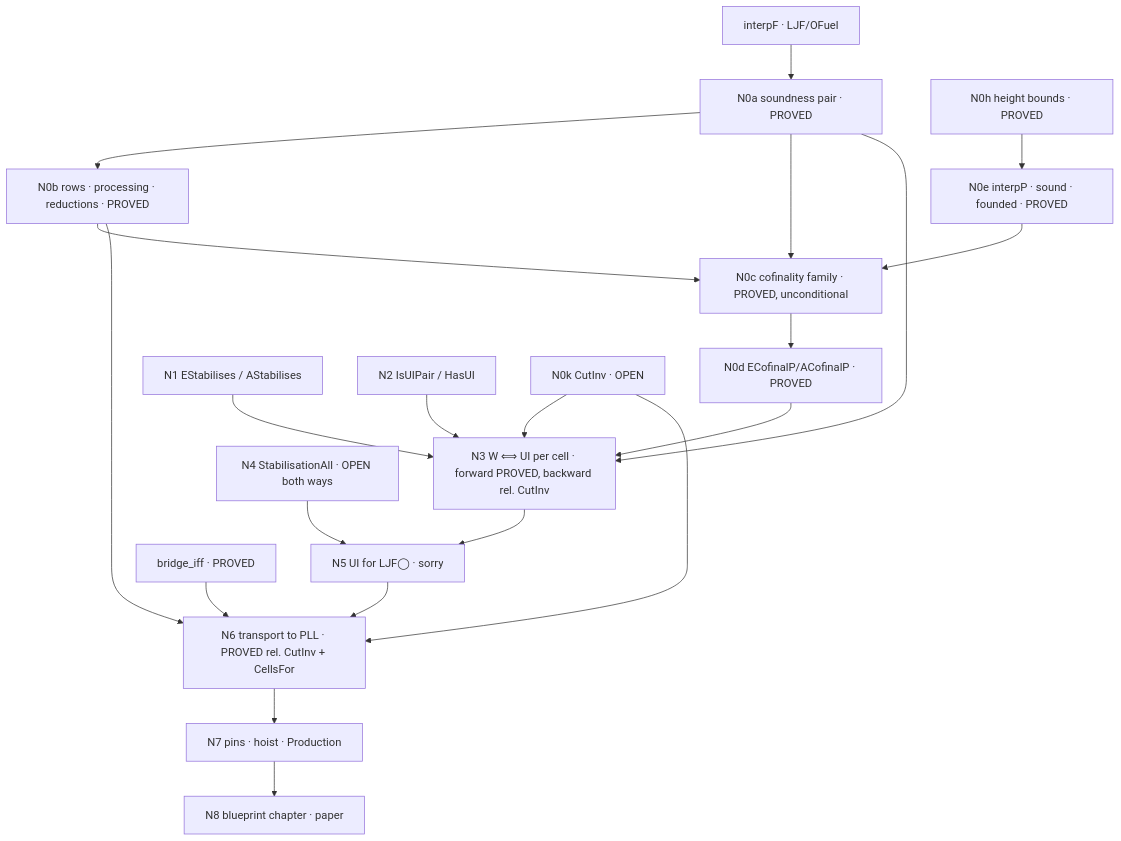
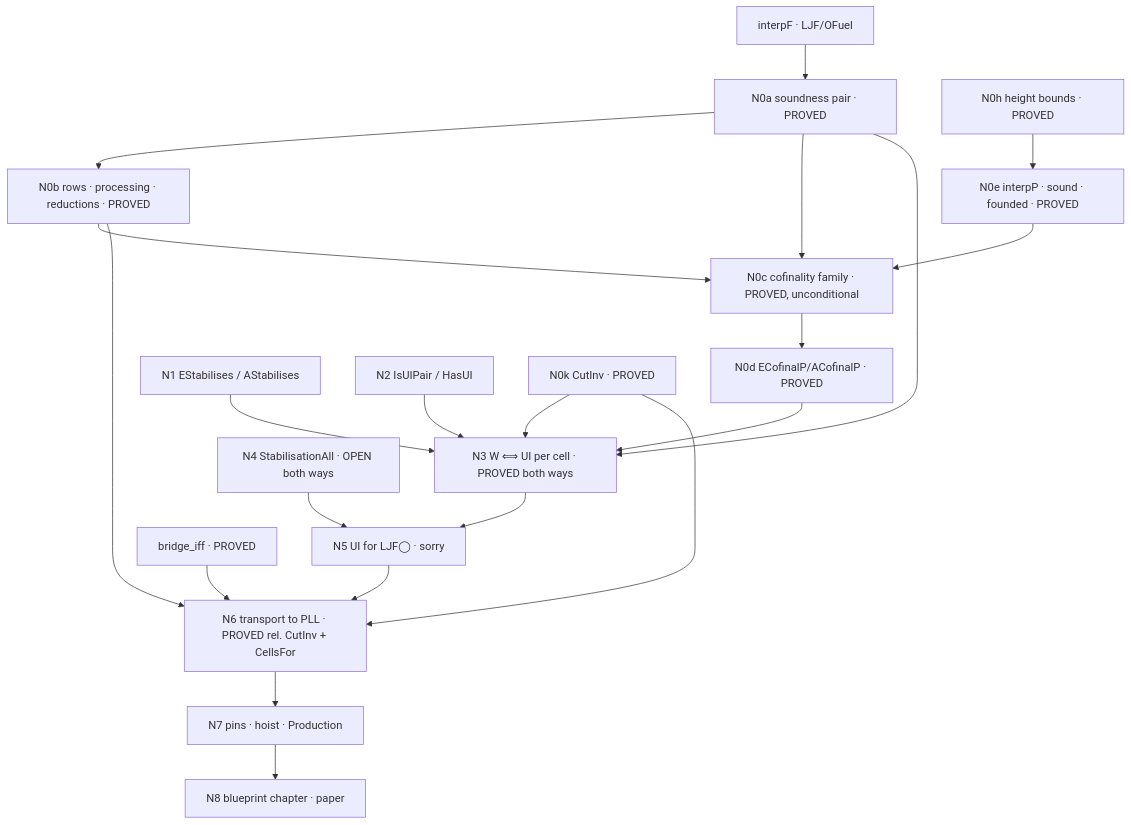
Before and after one commit to fairflow/lax-logic-in-lean: the diagram in docs/ui-routeB-blueprint.md, drawn with Mermaid. The commit also changed other lines of this file and 2 other files, not shown here.

First line of the commit message:
docs(ui): §4.22 — CutInv PROVED by polarisation invariance (LJF/OPolInv.lean), the ◯-free block first; (A′) refuted; N3 proved both ways, N6 relative to CellsFor alone; blueprint N0k/N3/N6, WP6 done

````diff
--- a/docs/ui-routeB-blueprint.md
+++ b/docs/ui-routeB-blueprint.md
@@ -81,23 +81,23 @@
 ```mermaid
 graph TD
   interpF[interpF · LJF/OFuel] --> N0a[N0a soundness pair · PROVED]
   N0a --> N0b[N0b rows · processing · reductions · PROVED]
   N0b --> N0c[N0c cofinality family · PROVED, unconditional]
   N0a --> N0c
   H[N0h height bounds · PROVED] --> N0e[N0e interpP · sound · founded · PROVED]
   N0e --> N0c
   N0c --> N0d[N0d ECofinalP/ACofinalP · PROVED]
   N1[N1 EStabilises / AStabilises] --> N3
   N2[N2 IsUIPair / HasUI] --> N3
-  N0a --> N3[N3 W ⟺ UI per cell · forward PROVED, backward rel. CutInv]
-  K[N0k CutInv · OPEN] --> N3
+  N0a --> N3[N3 W ⟺ UI per cell · PROVED both ways]
+  K[N0k CutInv · PROVED] --> N3
   K --> N6
   N0d --> N3
   N4[N4 StabilisationAll · OPEN both ways] --> N5[N5 UI for LJF◯ · sorry]
   N3 --> N5
   N5 --> N6[N6 transport to PLL · PROVED rel. CutInv + CellsFor]
   B[bridge_iff · PROVED] --> N6
   N0b --> N6
   N6 --> N7[N7 pins · hoist · Production]
   N7 --> N8[N8 blueprint chapter · paper]
 ```
````
